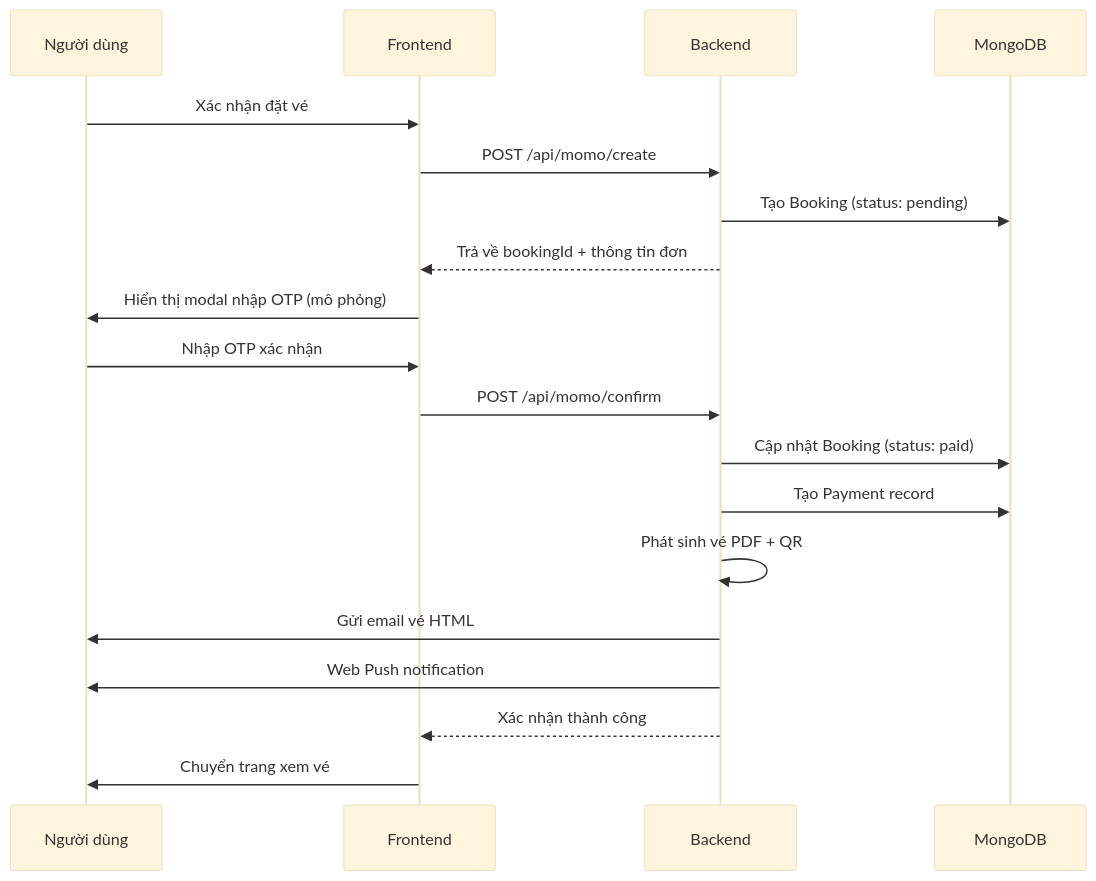
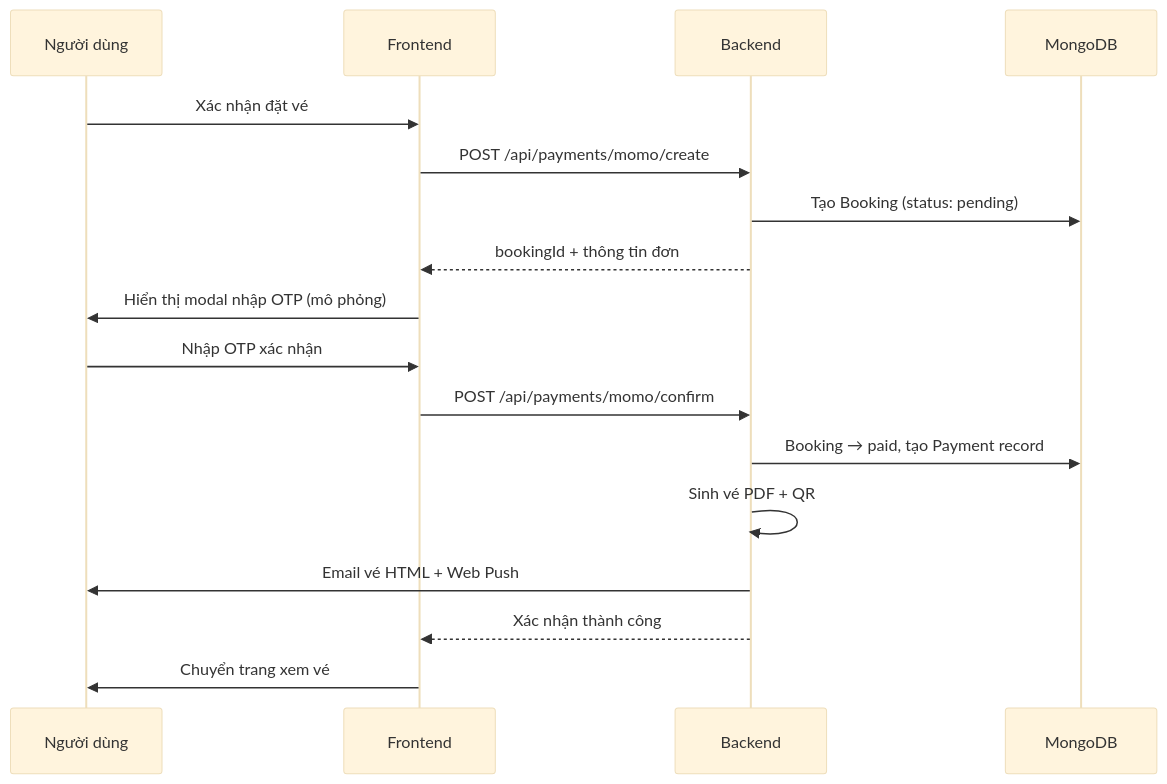
The second of 3 diagrams in docs/project-overview.md (dduck210/cine-clone), drawn with Mermaid (base theme) before and after one commit. The commit also changed other lines of this file, not shown here.

````diff
--- a/docs/project-overview.md
+++ b/docs/project-overview.md
@@ -87,25 +122,23 @@
 ```mermaid
 sequenceDiagram
     participant U as Người dùng
     participant FE as Frontend
     participant BE as Backend
     participant DB as MongoDB
 
     U->>FE: Xác nhận đặt vé
-    FE->>BE: POST /api/momo/create
+    FE->>BE: POST /api/payments/momo/create
     BE->>DB: Tạo Booking (status: pending)
-    BE-->>FE: Trả về bookingId + thông tin đơn
+    BE-->>FE: bookingId + thông tin đơn
 
     FE->>U: Hiển thị modal nhập OTP (mô phỏng)
     U->>FE: Nhập OTP xác nhận
-    FE->>BE: POST /api/momo/confirm
+    FE->>BE: POST /api/payments/momo/confirm
 
-    BE->>DB: Cập nhật Booking (status: paid)
-    BE->>DB: Tạo Payment record
-    BE->>BE: Phát sinh vé PDF + QR
-    BE->>U: Gửi email vé HTML
-    BE->>U: Web Push notification
+    BE->>DB: Booking → paid, tạo Payment record
+    BE->>BE: Sinh vé PDF + QR
+    BE->>U: Email vé HTML + Web Push
     BE-->>FE: Xác nhận thành công
 
     FE->>U: Chuyển trang xem vé
 ```
````
